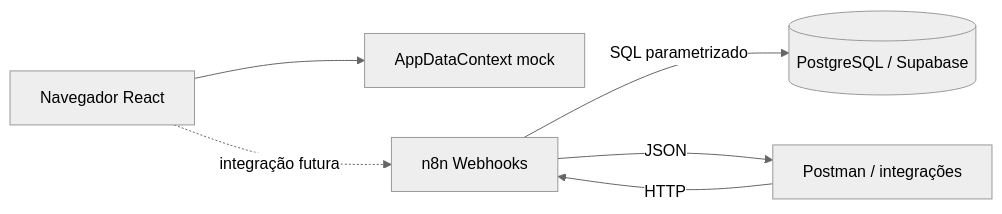
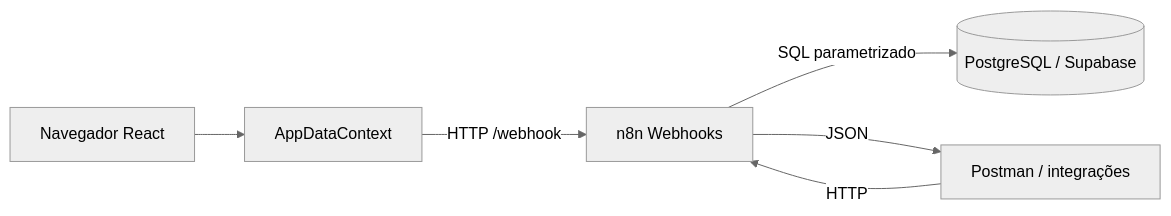
Before and after one commit to Victorks4/Bold-Support: the first of 4 diagrams in docs/architecture.md, drawn with Mermaid (neutral theme). The commit also changed other lines of this file and 14 other files, not shown here.

````diff
--- a/docs/architecture.md
+++ b/docs/architecture.md
@@ -7,14 +7,14 @@
 ```mermaid
 flowchart LR
   Browser[Navegador React]
-  Mock[AppDataContext mock]
+  Ctx[AppDataContext]
   Client[Postman / integrações]
   N8N[n8n Webhooks]
   PG[(PostgreSQL / Supabase)]
 
-  Browser --> Mock
-  Browser -.->|integração futura| N8N
+  Browser --> Ctx
+  Ctx -->|HTTP /webhook| N8N
   Client -->|HTTP| N8N
   N8N -->|SQL parametrizado| PG
   N8N -->|JSON| Client
 ```
````
